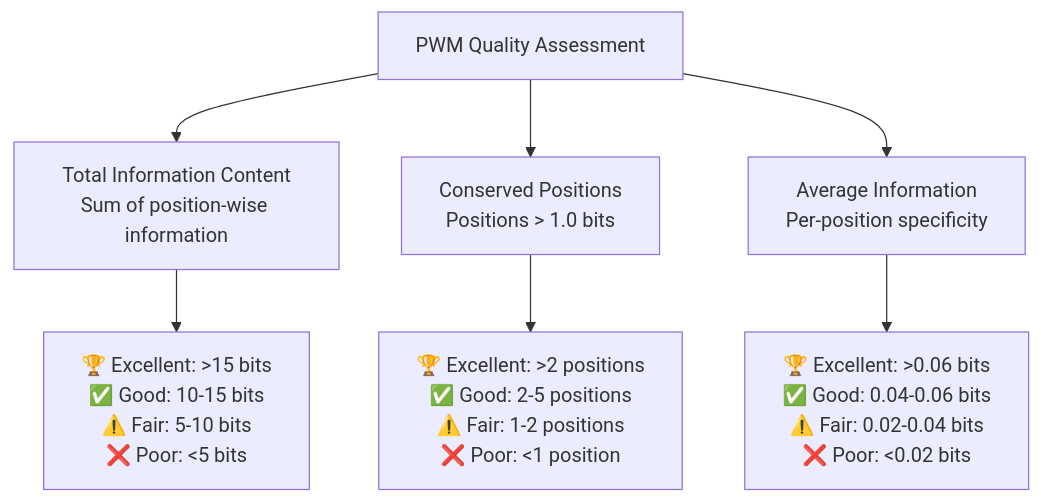
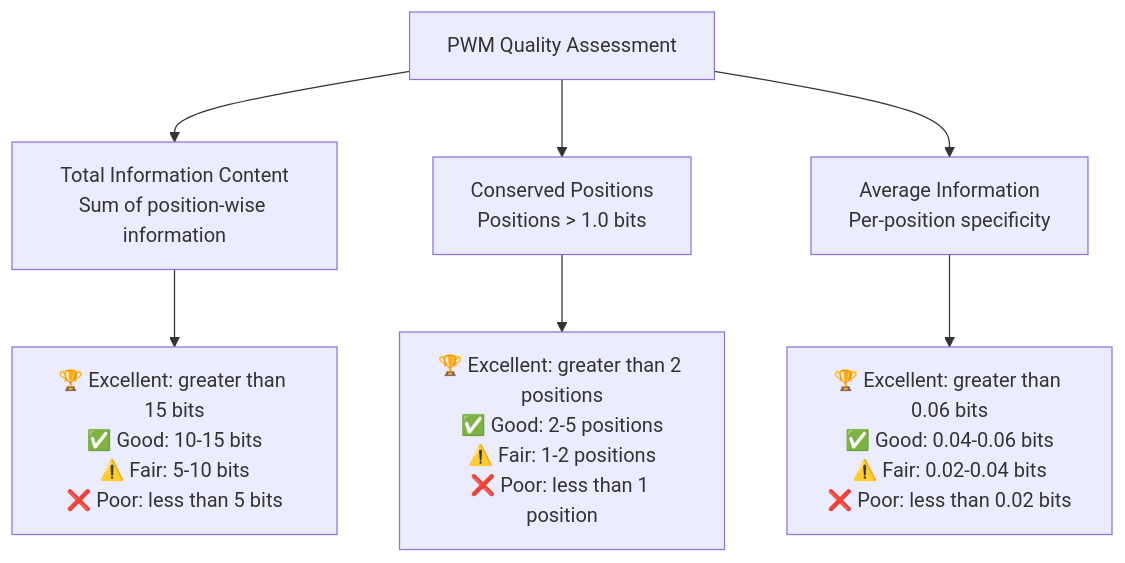
The sixth of 27 diagrams in slides/ctcf_pwm_presentation.md (iiyyll01lin/ctcf-predictor), drawn with Mermaid before and after one commit. The commit also changed other lines of this file, not shown here.

Commit message:
[slides] correct mermaid sytax error

````diff
--- a/slides/ctcf_pwm_presentation.md
+++ b/slides/ctcf_pwm_presentation.md
@@ -197,10 +196,10 @@
 ```mermaid
 graph TD
     A[PWM Quality Assessment] --> B[Total Information Content<br/>Sum of position-wise information]
     A --> C[Conserved Positions<br/>Positions > 1.0 bits]
     A --> D[Average Information<br/>Per-position specificity]
     
-    B --> E[🏆 Excellent: >15 bits<br/>✅ Good: 10-15 bits<br/>⚠️ Fair: 5-10 bits<br/>❌ Poor: <5 bits]
-    C --> F[🏆 Excellent: >2 positions<br/>✅ Good: 2-5 positions<br/>⚠️ Fair: 1-2 positions<br/>❌ Poor: <1 position]
-    D --> G[🏆 Excellent: >0.06 bits<br/>✅ Good: 0.04-0.06 bits<br/>⚠️ Fair: 0.02-0.04 bits<br/>❌ Poor: <0.02 bits]
+    B --> E[🏆 Excellent: greater than 15 bits<br/>✅ Good: 10-15 bits<br/>⚠️ Fair: 5-10 bits<br/>❌ Poor: less than 5 bits]
+    C --> F[🏆 Excellent: greater than 2 positions<br/>✅ Good: 2-5 positions<br/>⚠️ Fair: 1-2 positions<br/>❌ Poor: less than 1 position]
+    D --> G[🏆 Excellent: greater than 0.06 bits<br/>✅ Good: 0.04-0.06 bits<br/>⚠️ Fair: 0.02-0.04 bits<br/>❌ Poor: less than 0.02 bits]
 ```
````
